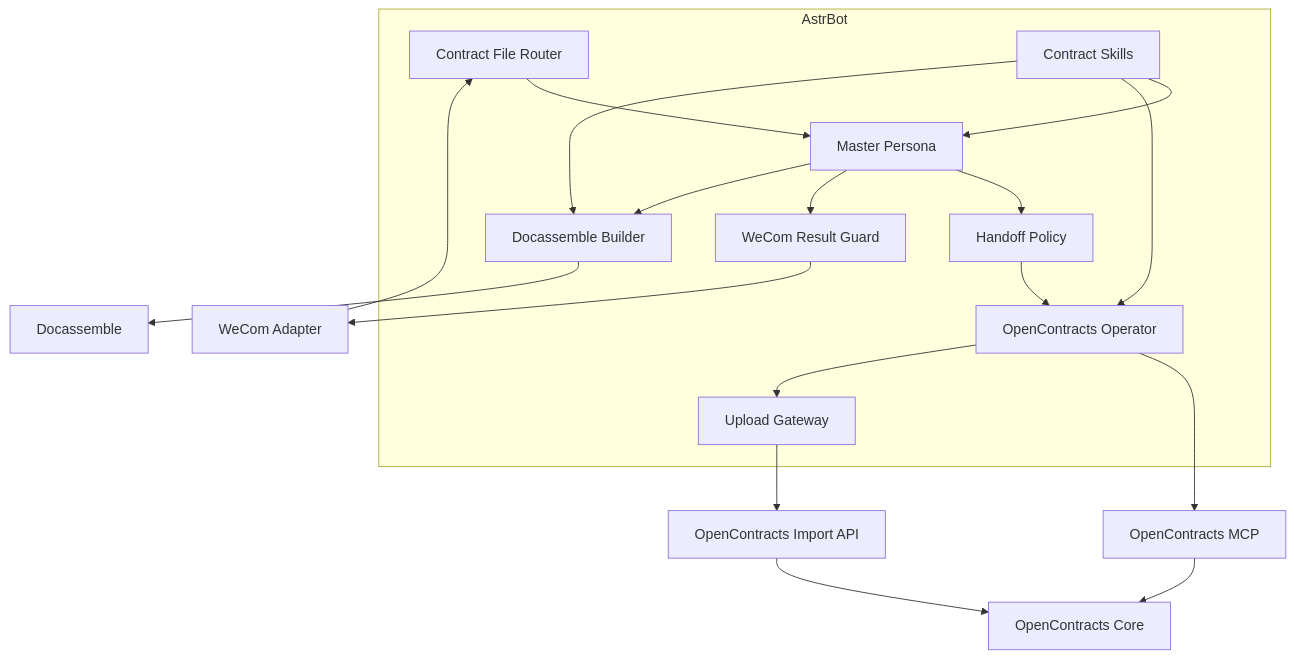
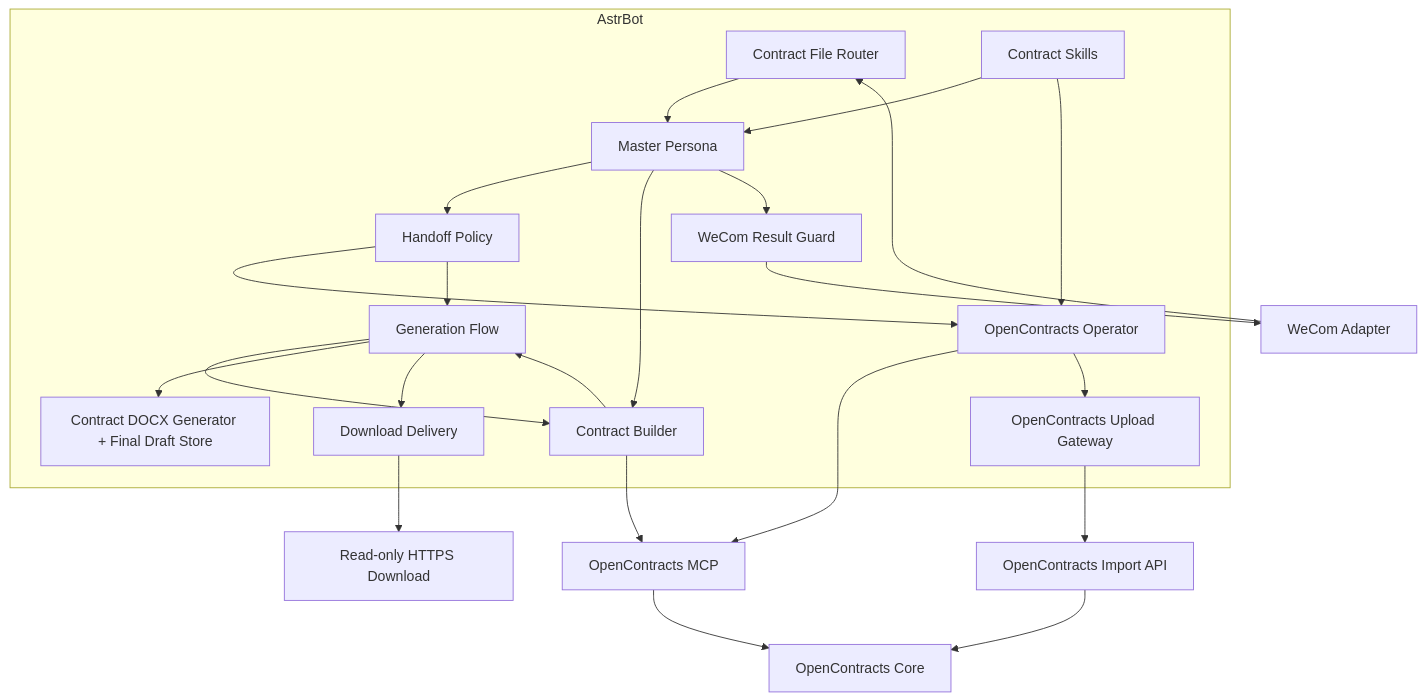
The second of 2 diagrams in docs/architecture/system-context.md (Ri0n72Y/ContractBotConfig), drawn with Mermaid before and after one commit. The commit also changed other lines of this file and 52 other files, not shown here.

Commit message:
Replace Docassemble generation with low-round AI DOCX MVP

````diff
--- a/docs/architecture/system-context.md
+++ b/docs/architecture/system-context.md
@@ -27,36 +29,46 @@
 ```mermaid
 flowchart TB
     subgraph AstrBot
         Router[Contract File Router]
         Master[Master Persona]
         Handoff[Handoff Policy]
+        Flow[Generation Flow]
         OCOperator[OpenContracts Operator]
-        Gateway[Upload Gateway]
+        UploadGateway[OpenContracts Upload Gateway]
+        Builder[Contract Builder]
+        DocxGenerator[Contract DOCX Generator + Final Draft Store]
+        Delivery[Download Delivery]
         Guard[WeCom Result Guard]
-        DocBuilder[Docassemble Builder]
         Skills[Contract Skills]
     end
 
     WeCom[WeCom Adapter]
     MCP[OpenContracts MCP]
     Import[OpenContracts Import API]
     OC[OpenContracts Core]
-    DA[Docassemble]
+    PublicDownload[Read-only HTTPS Download]
 
     WeCom --> Router
     Router --> Master
     Master --> Handoff
     Handoff --> OCOperator
     OCOperator --> MCP
-    OCOperator --> Gateway
-    Gateway --> Import
+    OCOperator --> UploadGateway
+    UploadGateway --> Import
     MCP --> OC
     Import --> OC
+
+    Master --> Builder
+    Handoff --> Flow
+    Flow --> Builder
+    Builder --> MCP
+    Builder --> Flow
+    Flow --> DocxGenerator
+    Flow --> Delivery
+    Delivery --> PublicDownload
+
     Master --> Guard
     Guard --> WeCom
-    Master --> DocBuilder
-    DocBuilder --> DA
     Skills --> Master
     Skills --> OCOperator
-    Skills --> DocBuilder
 ```
````
